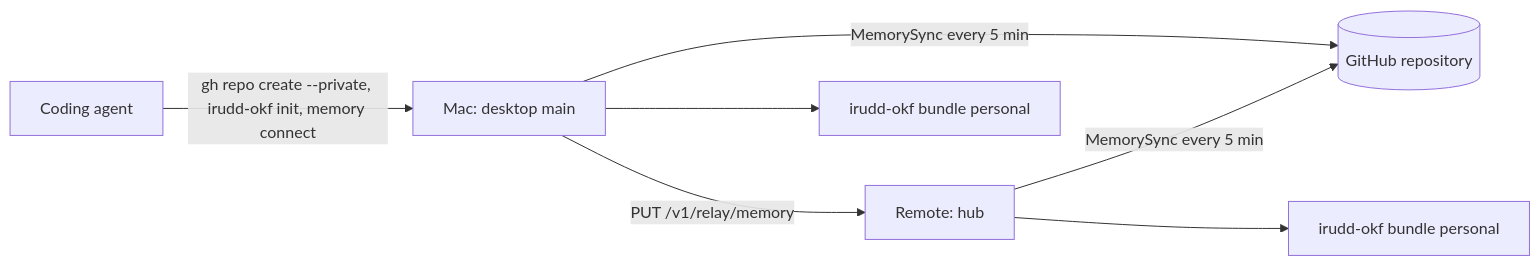
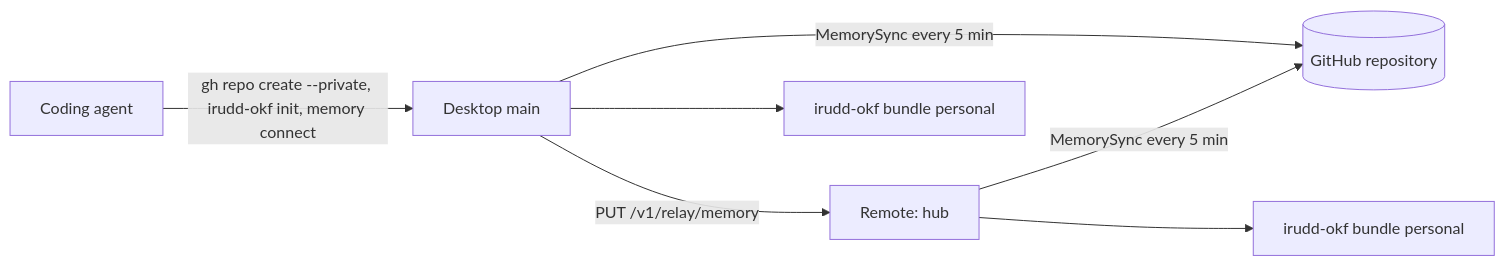
One commit to alundgren/irudd-scope changed the third of 3 diagrams in docs/architecture.md. Above: the diagram before and after it, drawn with Mermaid. The commit also changed other lines of this file and 29 other files, not shown here.

````diff
--- a/docs/architecture.md
+++ b/docs/architecture.md
@@ -284,9 +286,9 @@
 ```mermaid
 flowchart LR
     Agent[Coding agent] -->|gh repo create --private, irudd-okf init, memory connect| Desktop
-    Desktop[Mac: desktop main] -->|PUT /v1/relay/memory| Hub[Remote: hub]
+    Desktop[Desktop main] -->|PUT /v1/relay/memory| Hub[Remote: hub]
     Desktop -->|MemorySync every 5 min| GitHub[(GitHub repository)]
     Hub -->|MemorySync every 5 min| GitHub
     Desktop --> Okf1[irudd-okf bundle personal]
     Hub --> Okf2[irudd-okf bundle personal]
 ```
````
